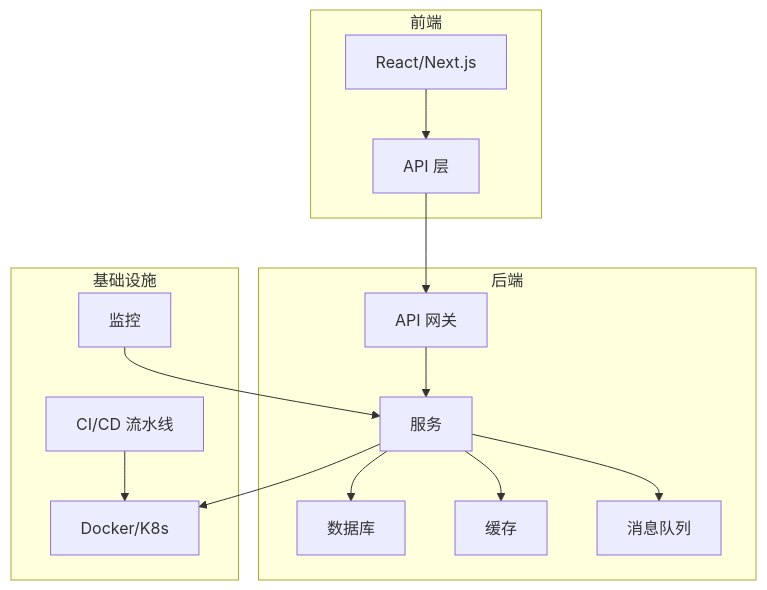
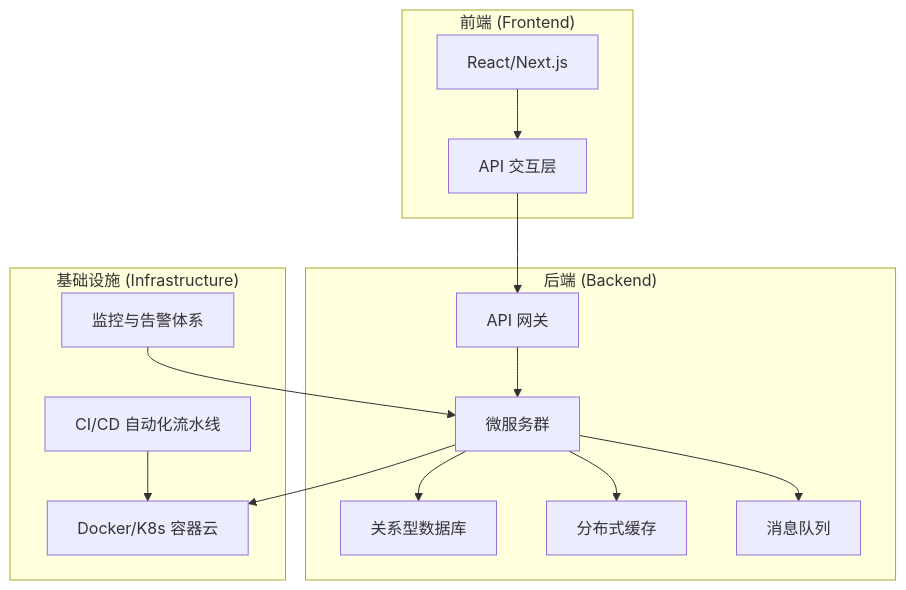
Before and after one commit to YiWang24/AiDIY: the first of 2 diagrams in i18n/zh-Hans/docusaurus-plugin-content-docs/current/engineering/index.mdx, drawn with Mermaid. The commit also changed other lines of this file and 59 other files, not shown here.

````diff
--- a/i18n/zh-Hans/docusaurus-plugin-content-docs/current/engineering/index.mdx
+++ b/i18n/zh-Hans/docusaurus-plugin-content-docs/current/engineering/index.mdx
@@ -51,24 +51,24 @@
 ```mermaid
 flowchart TB
-    subgraph "前端"
-        A[React/Next.js] --> B[API 层]
+    subgraph "前端 (Frontend)"
+        A[React/Next.js] --> B[API 交互层]
     end
-
-    subgraph "后端"
-        C[API 网关] --> D[服务]
-        D --> E[数据库]
-        D --> F[缓存]
+    
+    subgraph "后端 (Backend)"
+        C[API 网关] --> D[微服务群]
+        D --> E[关系型数据库]
+        D --> F[分布式缓存]
         D --> G[消息队列]
     end
-
-    subgraph "基础设施"
-        H[Docker/K8s]
-        I[CI/CD 流水线]
-        J[监控]
+    
+    subgraph "基础设施 (Infrastructure)"
+        H[Docker/K8s 容器云]
+        I[CI/CD 自动化流水线]
+        J[监控与告警体系]
     end
-
+    
     B --> C
     D --> H
     I --> H
     J --> D
 ```
````
